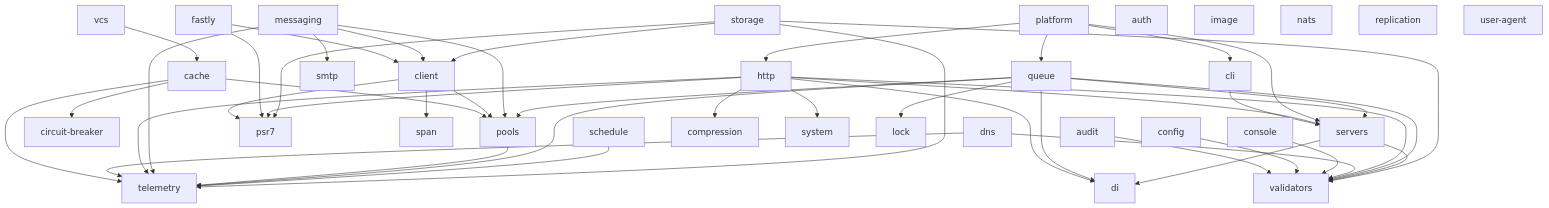
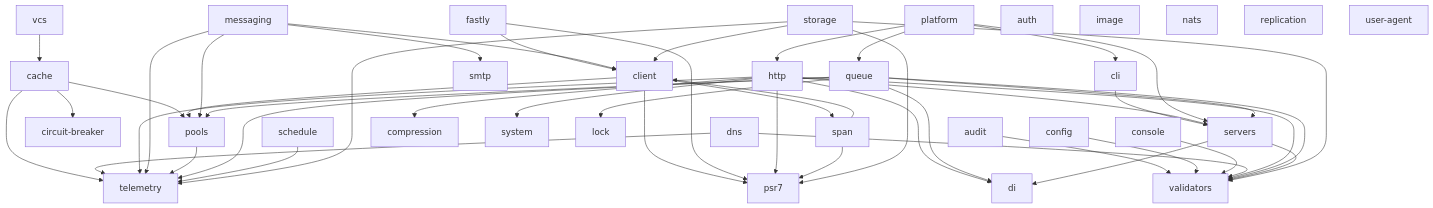
Before and after one commit to utopia-php/monorepo: the diagram in README.md, drawn with Mermaid. The commit also changed 1 other file, not shown here.

Commit message:
fix(monorepo): resolve cyclic linked packages

````diff
--- a/README.md
+++ b/README.md
@@ -48,52 +48,54 @@
 ```mermaid
 graph TD
     audit --> validators
     cache --> circuit-breaker
     cache --> pools
     cache --> telemetry
     cli --> servers
     client --> pools
     client --> psr7
     client --> span
     config --> validators
     console --> validators
     dns --> telemetry
     dns --> validators
     fastly --> client
     fastly --> psr7
     http --> di
     http --> servers
     http --> compression
     http --> psr7
     http --> telemetry
     http --> validators
     http --> system
     messaging --> client
     messaging --> pools
     messaging --> smtp
     messaging --> telemetry
     platform --> cli
     platform --> http
     platform --> queue
     platform --> servers
     pools --> telemetry
     queue --> di
     queue --> lock
     queue --> servers
     queue --> pools
     queue --> telemetry
     queue --> validators
     schedule --> telemetry
     servers --> di
     servers --> validators
+    span --> client
+    span --> psr7
     storage --> telemetry
     storage --> validators
     storage --> client
     storage --> psr7
     vcs --> cache
     auth
     image
     nats
     replication
     user-agent
 ```
````
